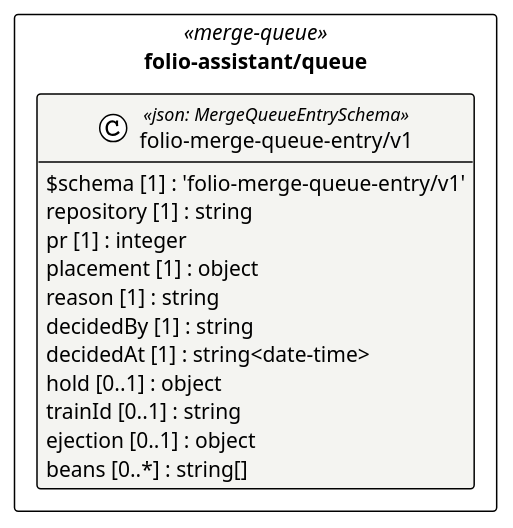
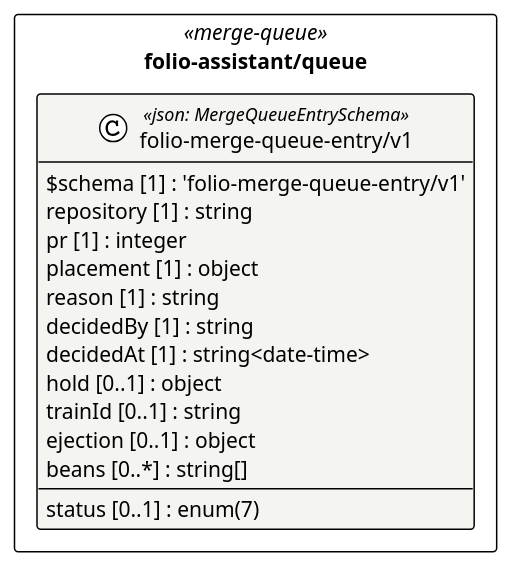
The diagram in cat-harness/uml/overview/folio-assistant/queue.puml (litlfred/folio-assistant), drawn with PlantUML before and after one commit. The commit also changed 13 other files, not shown here.

First line of the commit message:
regen after merging main again: UML overview, LSI index and viewer

```diff
--- a/cat-harness/uml/overview/folio-assistant/queue.puml
+++ b/cat-harness/uml/overview/folio-assistant/queue.puml
@@ -3,25 +3,26 @@
 @startuml folio_assistant_queue
 !pragma layout elk
 !theme plain
 skinparam classAttributeIconSize 0
 skinparam shadowing false
 skinparam packageStyle rectangle
 hide empty methods
 
 package "folio-assistant/queue" as pkg_folio_assistant_queue <<merge-queue>> {
   class "folio-merge-queue-entry/v1" as folio_assistant_queue_folio_merge_queue_entry_v1_folio_merge_queue_entry_v1 <<json: MergeQueueEntrySchema>> #f4f4f1 {
     $schema [1] : 'folio-merge-queue-entry/v1'
     repository [1] : string
     pr [1] : integer
     placement [1] : object
     reason [1] : string
     decidedBy [1] : string
     decidedAt [1] : string<date-time>
     hold [0..1] : object
     trainId [0..1] : string
     ejection [0..1] : object
+    status [0..1] : enum(7)
     beans [0..*] : string[]
   }
 }
 
 @enduml
```
